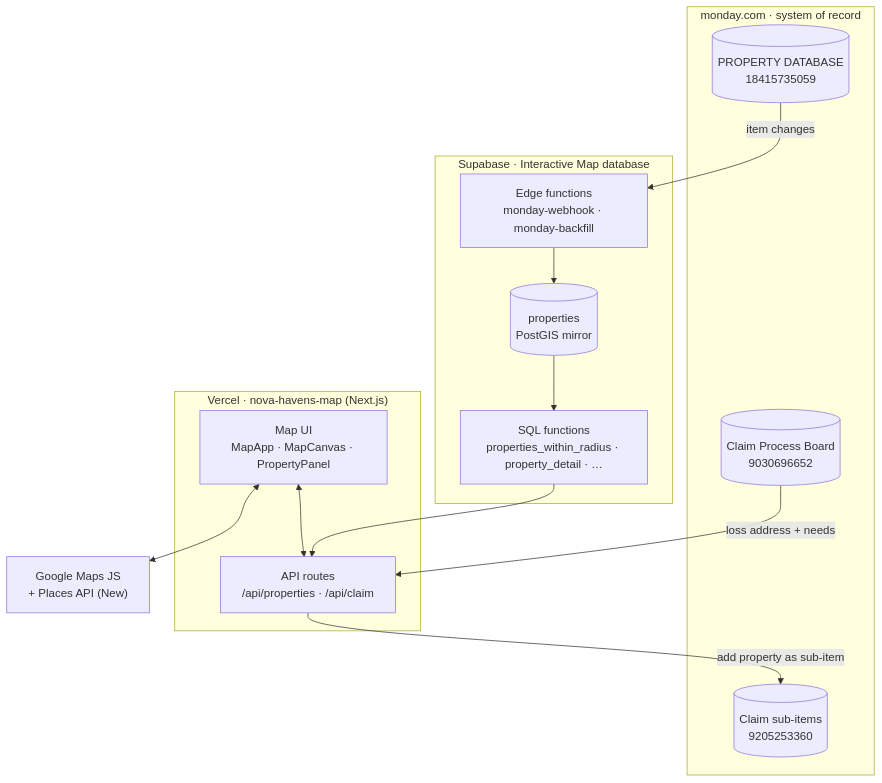
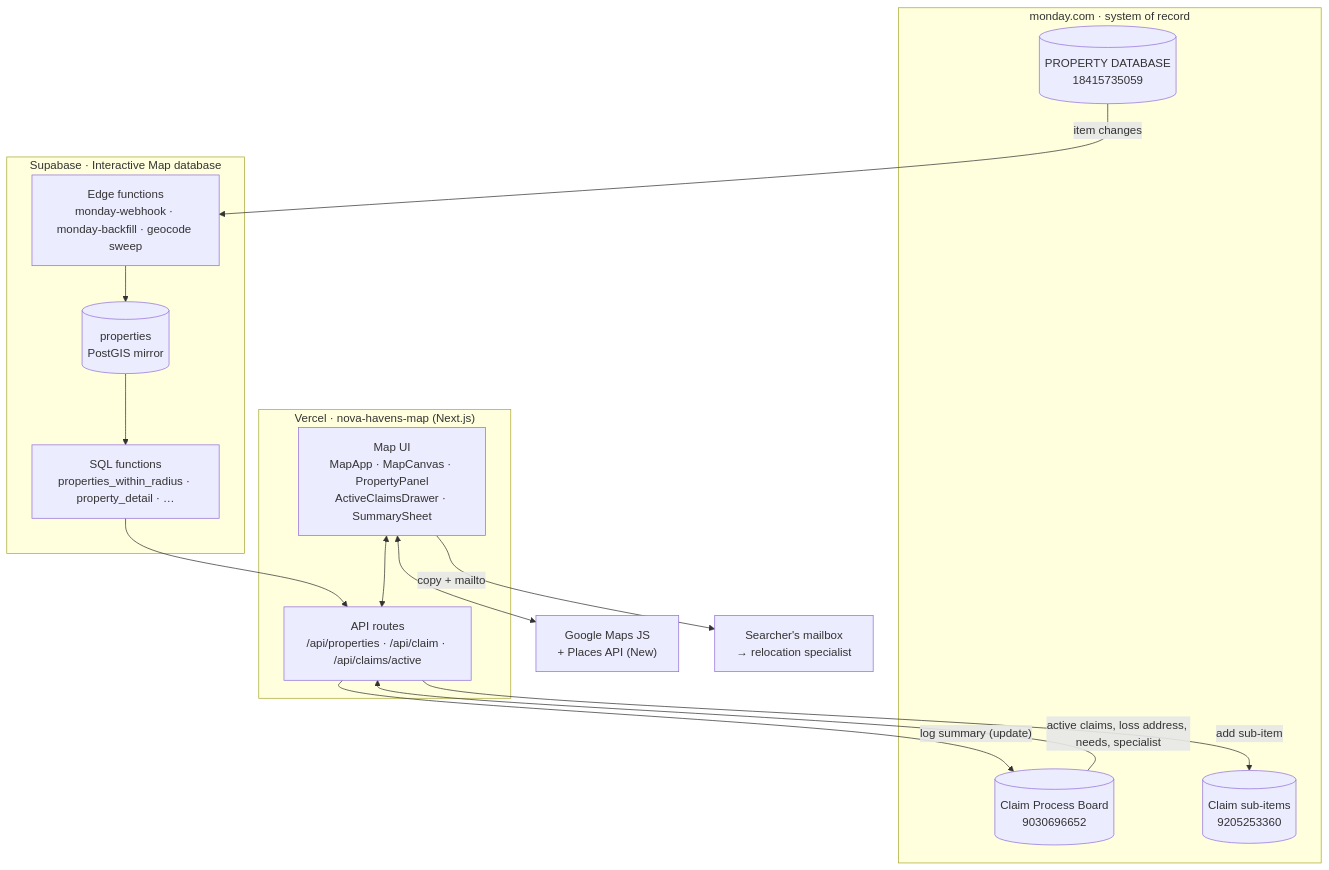
Before and after one commit to Novahavens/Interactive-map: the first of 2 diagrams in README.md, drawn with Mermaid. The commit also changed other lines of this file and 56 other files, not shown here.

````diff
--- a/README.md
+++ b/README.md
@@ -77,28 +133,31 @@
 ```mermaid
 flowchart TB
   subgraph monday["monday.com · system of record"]
     PB[("PROPERTY DATABASE<br/>18415735059")]
     CB[("Claim Process Board<br/>9030696652")]
     SB[("Claim sub-items<br/>9205253360")]
   end
 
   subgraph supa["Supabase · Interactive Map database"]
-    EF["Edge functions<br/>monday-webhook · monday-backfill"]
+    EF["Edge functions<br/>monday-webhook · monday-backfill · geocode sweep"]
     T[("properties<br/>PostGIS mirror")]
     RPC["SQL functions<br/>properties_within_radius · property_detail · …"]
   end
 
   subgraph vercel["Vercel · nova-havens-map (Next.js)"]
-    UI["Map UI<br/>MapApp · MapCanvas · PropertyPanel"]
-    API["API routes<br/>/api/properties · /api/claim"]
+    UI["Map UI<br/>MapApp · MapCanvas · PropertyPanel<br/>ActiveClaimsDrawer · SummarySheet"]
+    API["API routes<br/>/api/properties · /api/claim · /api/claims/active"]
   end
 
   G["Google Maps JS<br/>+ Places API (New)"]
+  MAIL["Searcher's mailbox<br/>→ relocation specialist"]
 
   PB -- "item changes" --> EF --> T
   T --> RPC --> API
-  CB -- "loss address + needs" --> API
-  API -- "add property as sub-item" --> SB
+  CB -- "active claims, loss address, needs, specialist" --> API
+  API -- "add sub-item" --> SB
+  API -- "log summary (update)" --> CB
   UI <--> API
   UI <--> G
+  UI -- "copy + mailto" --> MAIL
 ```
````
